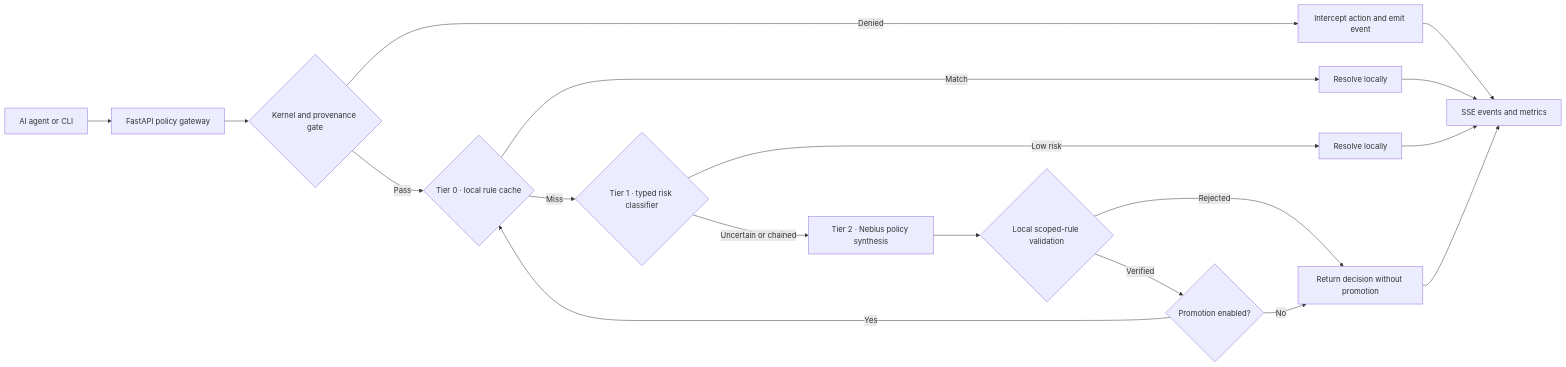
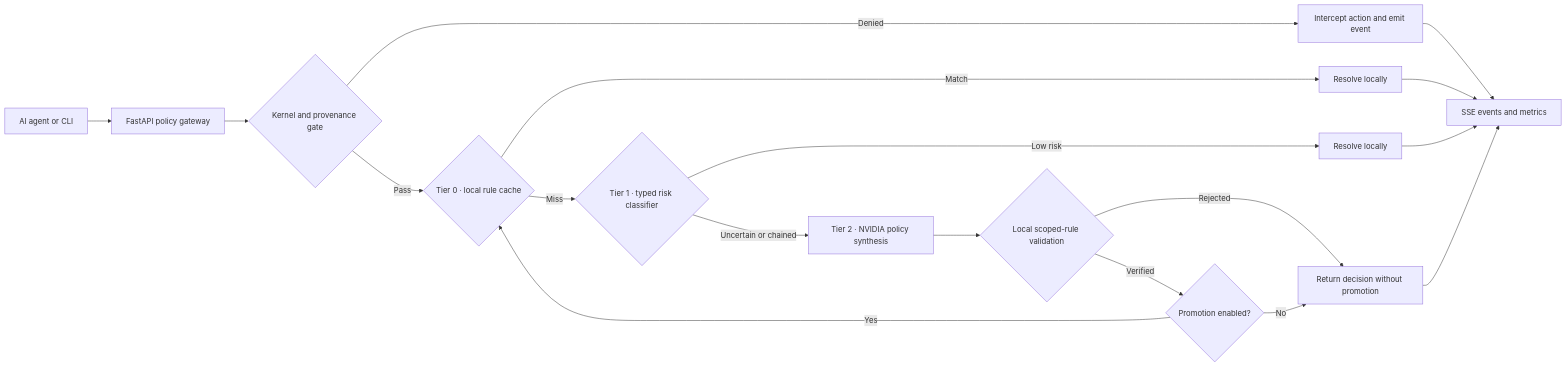
One commit to SOHAM-RAJHANS/parole-1 changed the first of 2 diagrams in README.md. Above: the diagram before and after it, drawn with Mermaid. The commit also changed other lines of this file and 13 other files, not shown here.

````diff
--- a/README.md
+++ b/README.md
@@ -33,20 +33,20 @@
 ```mermaid
 flowchart LR
     Agent["AI agent or CLI"] --> API["FastAPI policy gateway"]
     API --> Gate{"Kernel and provenance gate"}
     Gate -->|Denied| Block["Intercept action and emit event"]
     Gate -->|Pass| Cache{"Tier 0 · local rule cache"}
     Cache -->|Match| Allow0["Resolve locally"]
     Cache -->|Miss| Risk{"Tier 1 · typed risk classifier"}
     Risk -->|Low risk| Allow1["Resolve locally"]
-    Risk -->|Uncertain or chained| Cloud["Tier 2 · Nebius policy synthesis"]
+    Risk -->|Uncertain or chained| Cloud["Tier 2 · NVIDIA policy synthesis"]
     Cloud --> Validate{"Local scoped-rule validation"}
     Validate -->|Rejected| Review["Return decision without promotion"]
     Validate -->|Verified| Promote{"Promotion enabled?"}
     Promote -->|No| Review
     Promote -->|Yes| Cache
     Block --> Events["SSE events and metrics"]
     Allow0 --> Events
     Allow1 --> Events
     Review --> Events
 ```
````
